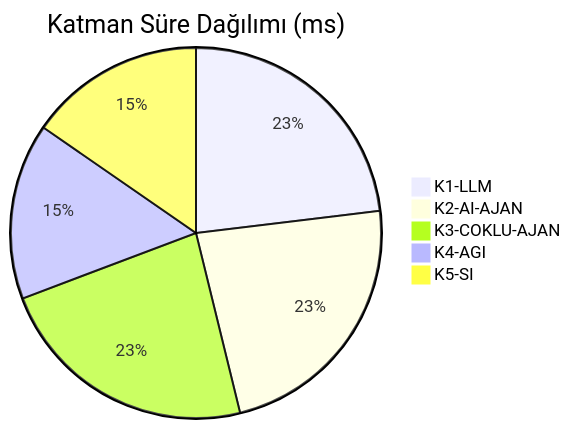
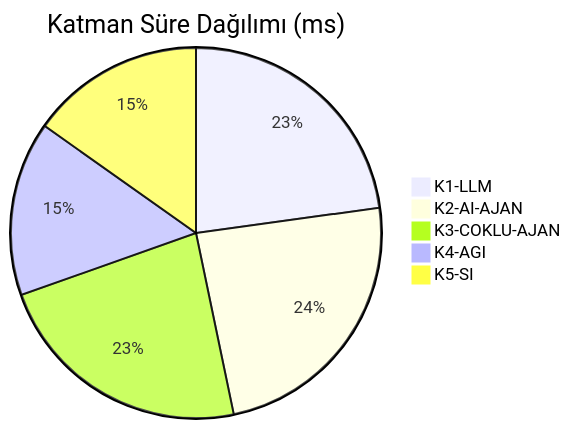
Before and after one commit to eren603/Future-: the first of 3 diagrams in .claude/skills/izleme-telemetri/ornek/rapor_ornek.md, drawn with Mermaid. The commit also changed other lines of this file and 5 other files, not shown here.

````diff
--- a/.claude/skills/izleme-telemetri/ornek/rapor_ornek.md
+++ b/.claude/skills/izleme-telemetri/ornek/rapor_ornek.md
@@ -14,9 +14,9 @@
 ```mermaid
 pie
     title Katman Süre Dağılımı (ms)
     "K1-LLM" : 90.4
-    "K2-AI-AJAN" : 90.4
-    "K3-COKLU-AJAN" : 90.4
-    "K4-AGI" : 60.2
+    "K2-AI-AJAN" : 94.7
+    "K3-COKLU-AJAN" : 90.5
+    "K4-AGI" : 60.3
     "K5-SI" : 60.2
 ```
````
